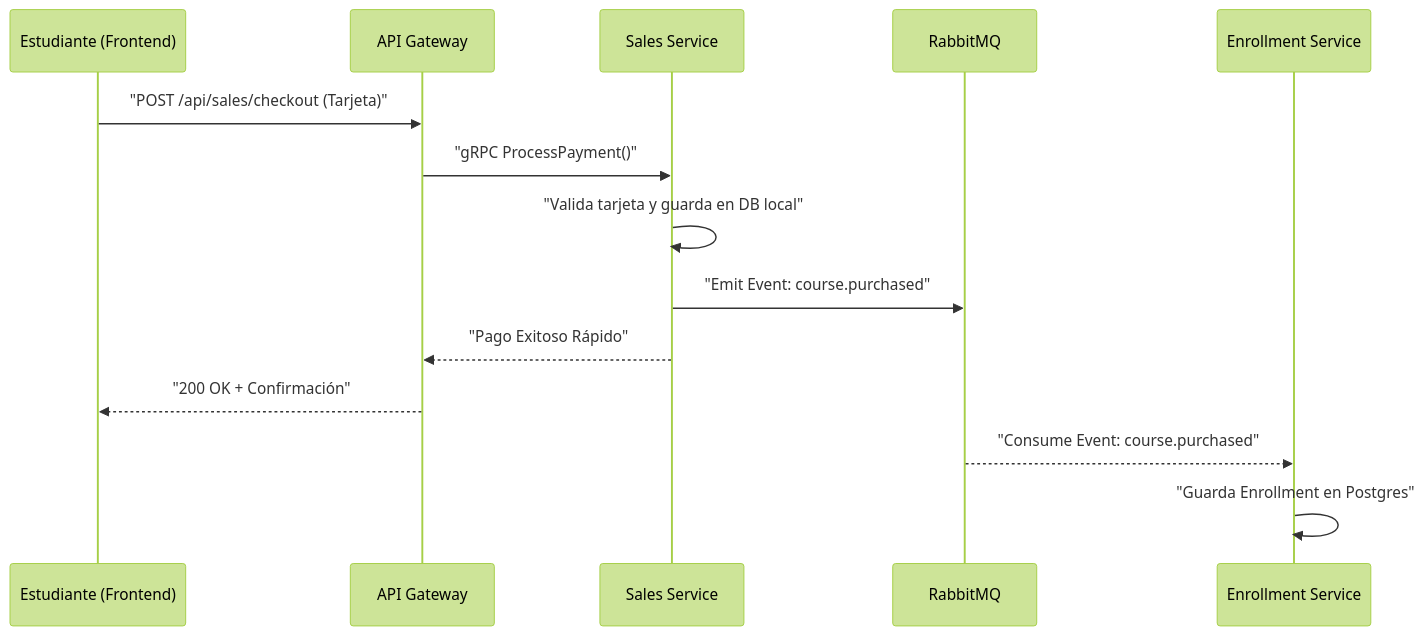
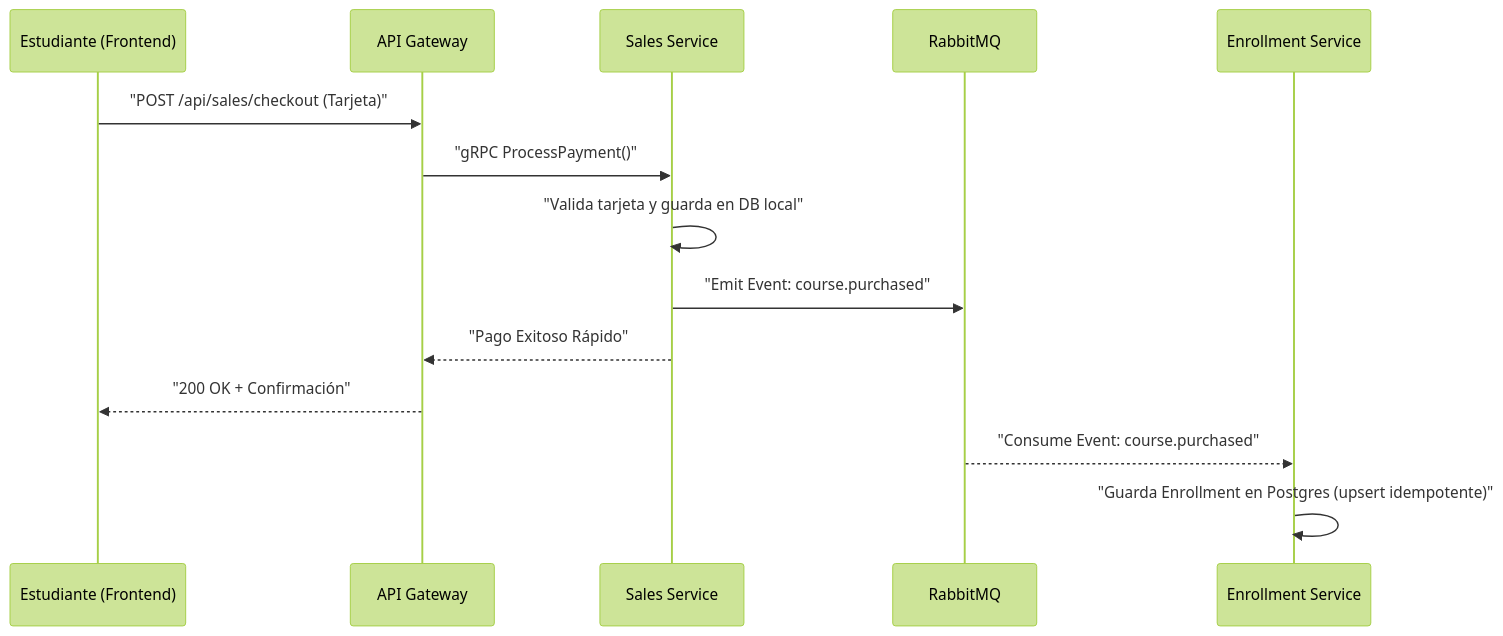
Before and after one commit to Pryectomaestria1/maestria-architecture: the second of 3 diagrams in TDD_Udemy_Clone_Microservices.md, drawn with Mermaid (forest theme). The commit also changed other lines of this file and 1 other file, not shown here.

````diff
--- a/TDD_Udemy_Clone_Microservices.md
+++ b/TDD_Udemy_Clone_Microservices.md
@@ -136,17 +163,17 @@
 ```mermaid
 sequenceDiagram
     participant E as Estudiante (Frontend)
     participant AG as API Gateway
     participant SS as Sales Service
     participant RMQ as RabbitMQ
     participant ES as Enrollment Service
 
     E->>AG: "POST /api/sales/checkout (Tarjeta)"
     AG->>SS: "gRPC ProcessPayment()"
     SS->>SS: "Valida tarjeta y guarda en DB local"
     SS->>RMQ: "Emit Event: course.purchased"
     SS-->>AG: "Pago Exitoso Rápido"
     AG-->>E: "200 OK + Confirmación"
     RMQ-->>ES: "Consume Event: course.purchased"
-    ES->>ES: "Guarda Enrollment en Postgres"
+    ES->>ES: "Guarda Enrollment en Postgres (upsert idempotente)"
 ```
````
